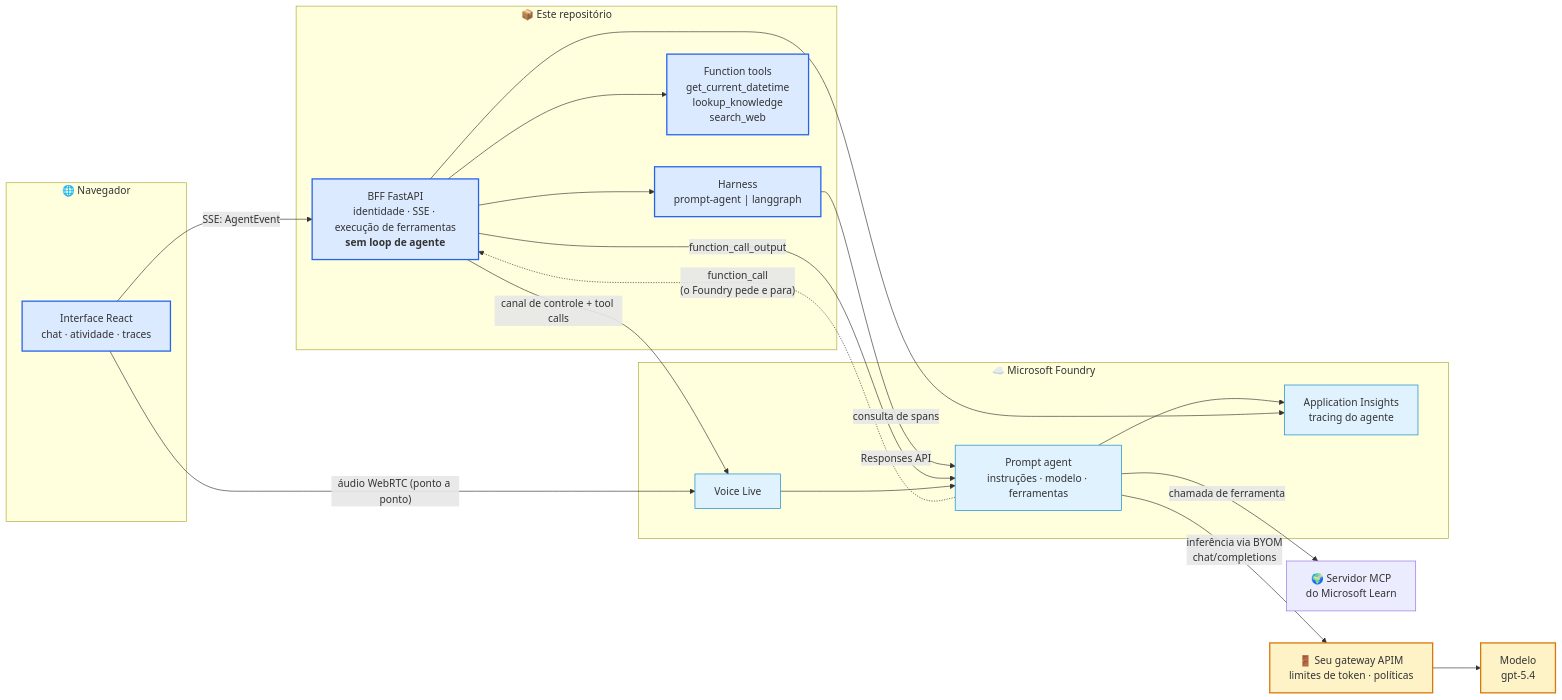
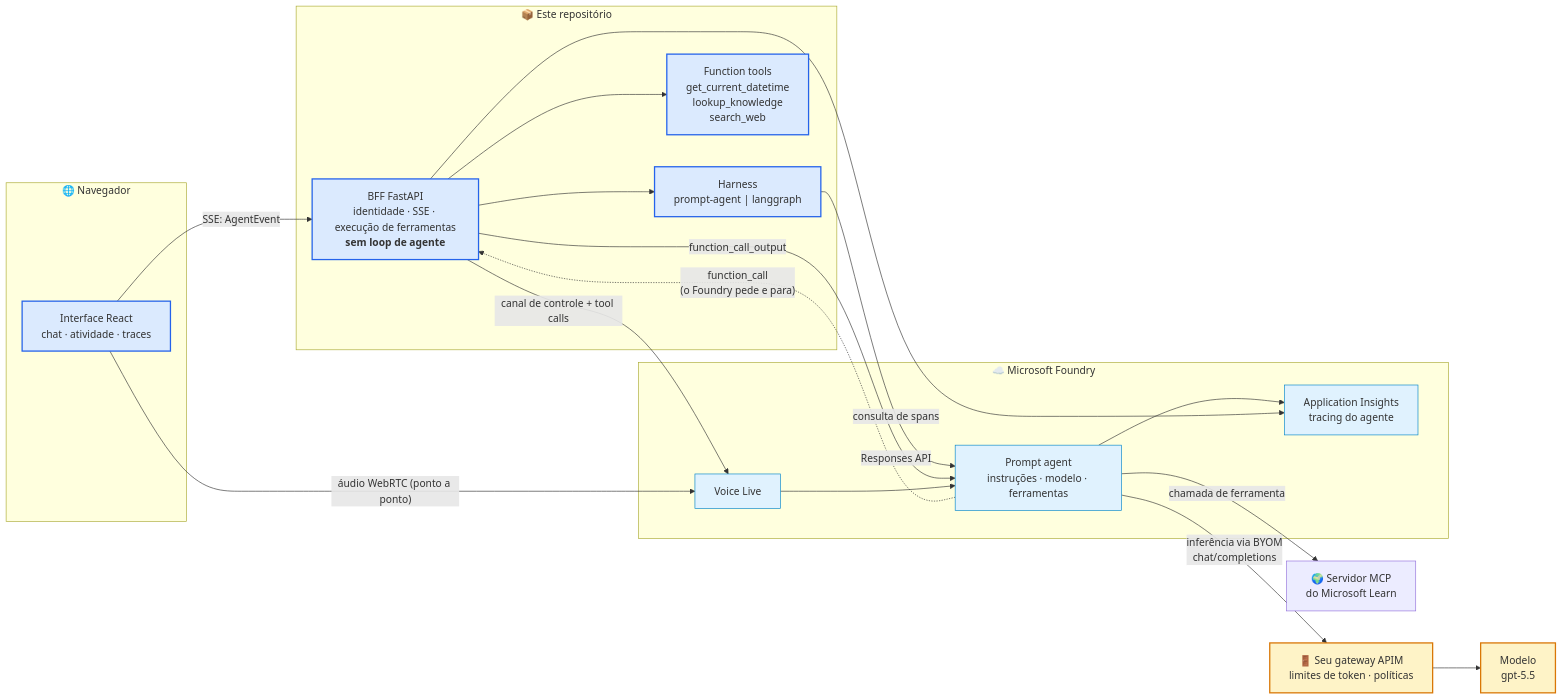
One commit to reginaldosilva27/foundry-live-agent changed the first of 4 diagrams in README.pt-BR.md. Above: the diagram before and after it, drawn with Mermaid. The commit also changed other lines of this file and 96 other files, not shown here.

````diff
--- a/README.pt-BR.md
+++ b/README.pt-BR.md
@@ -64,43 +73,43 @@
 ```mermaid
 flowchart LR
     subgraph browser["🌐 Navegador"]
         UI["Interface React<br/>chat · atividade · traces"]
     end
 
     subgraph app["📦 Este repositório"]
         BFF["BFF FastAPI<br/>identidade · SSE · execução de ferramentas<br/><b>sem loop de agente</b>"]
         H["Harness<br/>prompt-agent | langgraph"]
         T["Function tools<br/>get_current_datetime<br/>lookup_knowledge<br/>search_web"]
     end
 
     subgraph foundry["☁️ Microsoft Foundry"]
         AG["Prompt agent<br/>instruções · modelo · ferramentas"]
         VL["Voice Live"]
         AI["Application Insights<br/>tracing do agente"]
     end
 
     GW["🚪 Seu gateway APIM<br/>limites de token · políticas"]
-    MODEL["Modelo<br/>gpt-5.4"]
+    MODEL["Modelo<br/>gpt-5.5"]
     MCP["🌍 Servidor MCP<br/>do Microsoft Learn"]
 
     UI -- "SSE: AgentEvent" --> BFF
     BFF --> H
     H -- "Responses API" --> AG
     AG -- "inferência via BYOM<br/>chat/completions" --> GW --> MODEL
     AG -- "chamada de ferramenta" --> MCP
     AG -. "function_call<br/>(o Foundry pede e para)" .-> BFF
     BFF -- "function_call_output" --> AG
     BFF --> T
     UI -- "áudio WebRTC (ponto a ponto)" --> VL
     BFF -- "canal de controle + tool calls" --> VL
     VL --> AG
     AG --> AI
     BFF -- "consulta de spans" --> AI
 
     classDef ours fill:#dbeafe,stroke:#2563eb,stroke-width:2px
     classDef theirs fill:#e0f2fe,stroke:#0284c7
     classDef gw fill:#fef3c7,stroke:#d97706,stroke-width:2px
     class BFF,H,T,UI ours
     class AG,VL,AI theirs
     class GW,MODEL gw
 ```
````
